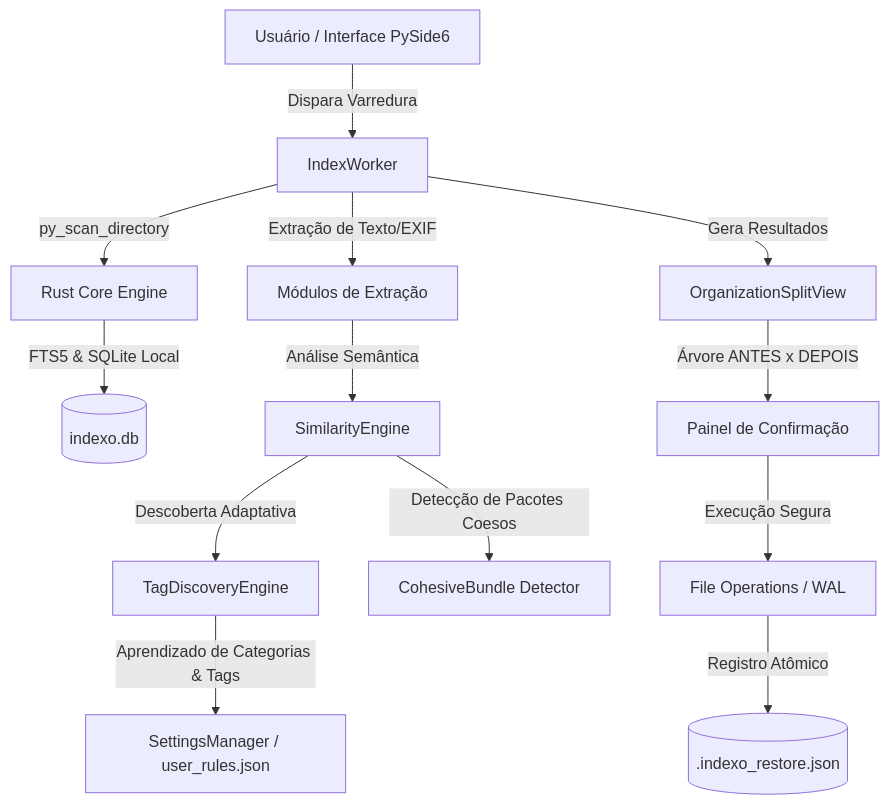
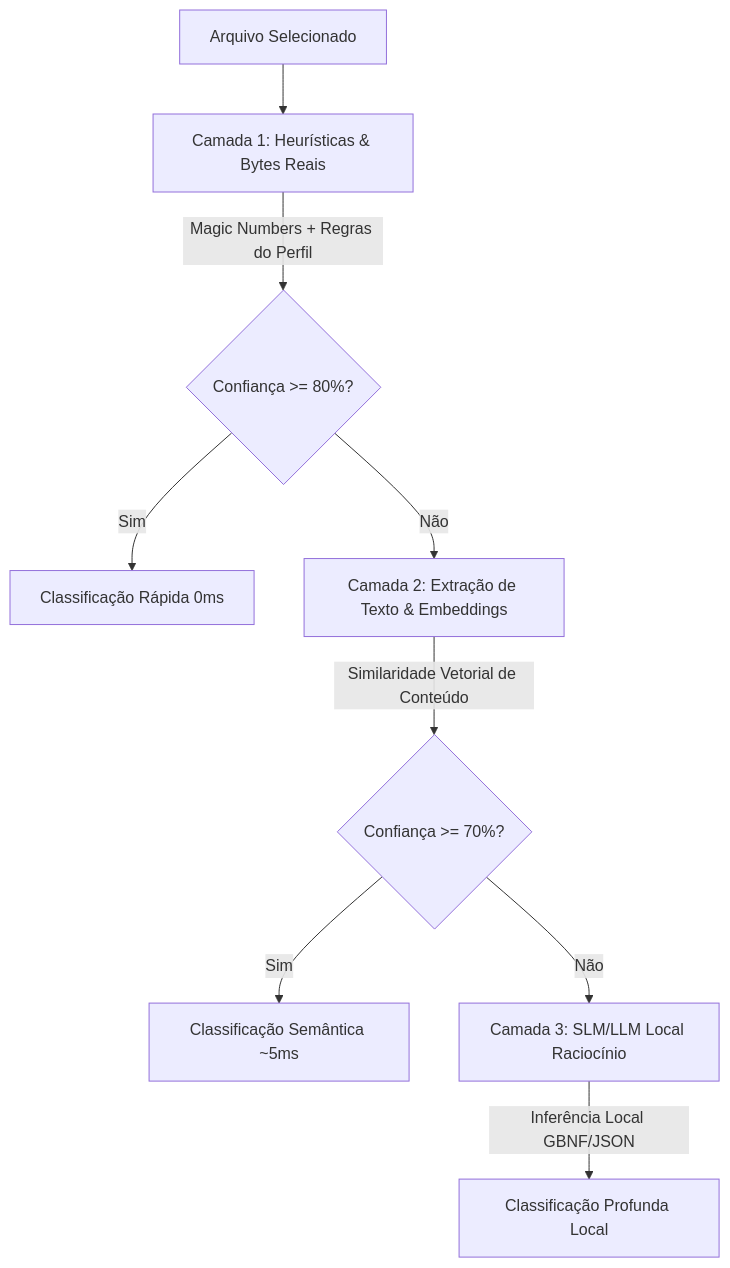
One commit to pongitV/Indexo changed the first of 2 diagrams in README.md. Above: the diagram before and after it, drawn with Mermaid. The commit also changed other lines of this file and 185 other files, not shown here.

Commit message:
feat(main): migrar estrutura principal para nova versao Indexo (Tauri 2 + Svelte 5 + Rust)

````diff
--- a/README.md
+++ b/README.md
@@ -48,20 +74,11 @@
 ```mermaid
 graph TD
-    A[Usuário / Interface PySide6] -->|Dispara Varredura| B[IndexWorker]
-    B -->|py_scan_directory| C[Rust Core Engine]
-    C -->|FTS5 & SQLite Local| D[(indexo.db)]
-    
-    B -->|Extração de Texto/EXIF| E[Módulos de Extração]
-    E -->|Análise Semântica| F[SimilarityEngine]
-    
-    F -->|Descoberta Adaptativa| G[TagDiscoveryEngine]
-    G -->|Aprendizado de Categorias & Tags| H[SettingsManager / user_rules.json]
-    
-    F -->|Detecção de Pacotes Coesos| I[CohesiveBundle Detector]
-    
-    B -->|Gera Resultados| J[OrganizationSplitView]
-    J -->|Árvore ANTES x DEPOIS| K[Painel de Confirmação]
-    
-    K -->|Execução Segura| L[File Operations / WAL]
-    L -->|Registro Atômico| M[(.indexo_restore.json)]
+    A[Arquivo Selecionado] --> B[Camada 1: Heurísticas & Bytes Reais]
+    B -->|Magic Numbers + Regras do Perfil| Z{Confiança >= 80%?}
+    Z -->|Sim| R1[Classificação Rápida 0ms]
+    Z -->|Não| C[Camada 2: Extração de Texto & Embeddings]
+    C -->|Similaridade Vetorial de Conteúdo| Y{Confiança >= 70%?}
+    Y -->|Sim| R2[Classificação Semântica ~5ms]
+    Y -->|Não| D[Camada 3: SLM/LLM Local Raciocínio]
+    D -->|Inferência Local GBNF/JSON| R3[Classificação Profunda Local]
 ```
````
